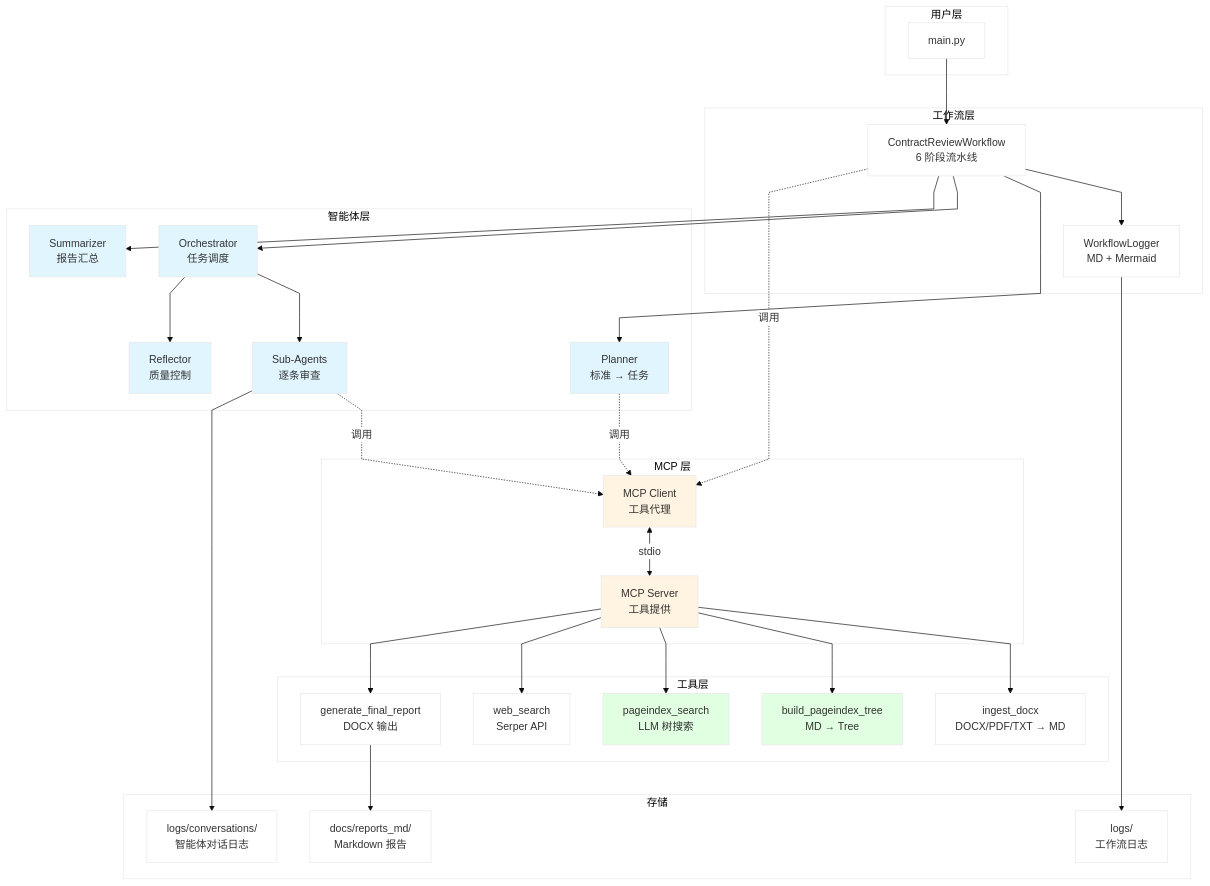
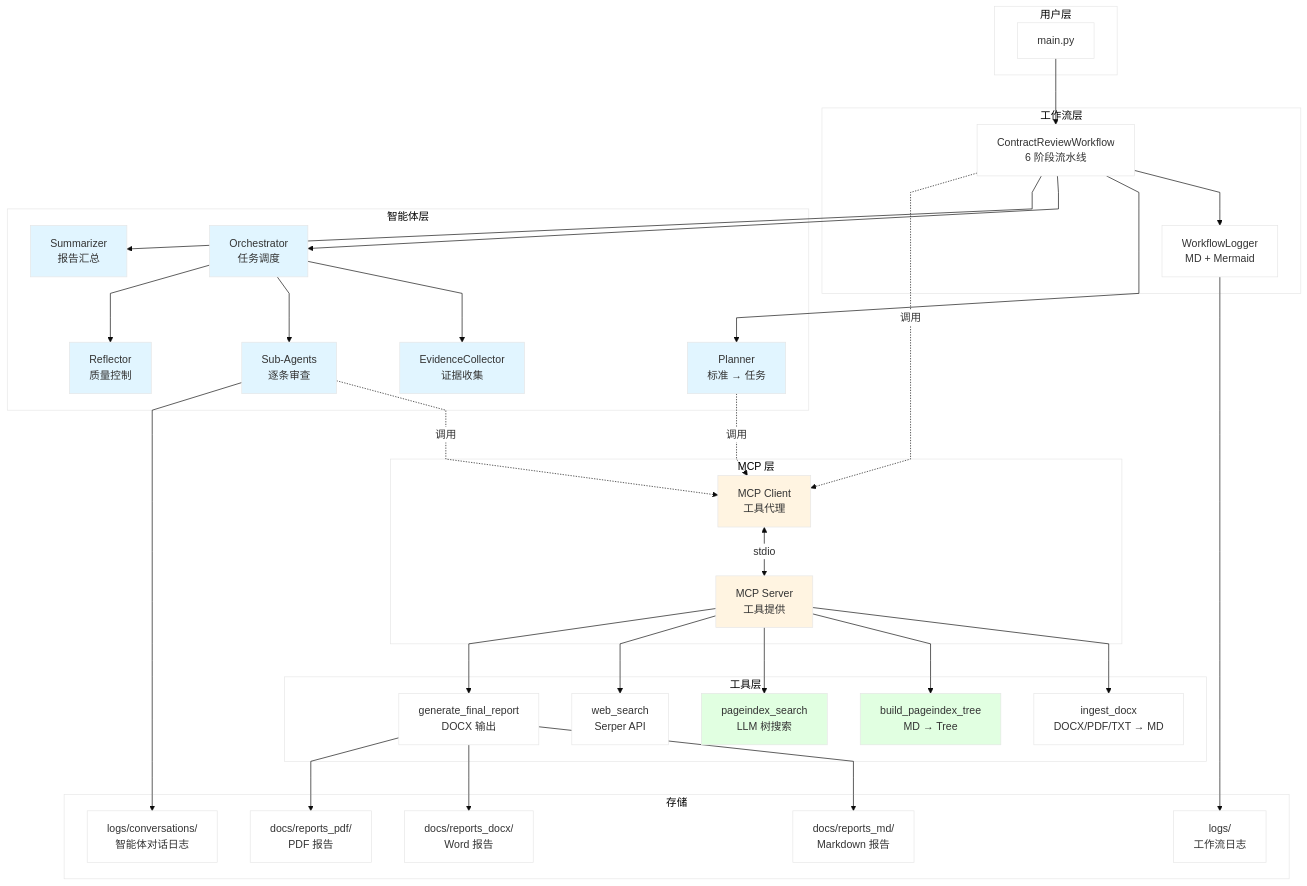
Before and after one commit to HoeTee/contract_agent: the first of 6 diagrams in project_intro/ARCHITECTURE.md, drawn with Mermaid. The commit also changed other lines of this file and 38 other files, not shown here.

````diff
--- a/project_intro/ARCHITECTURE.md
+++ b/project_intro/ARCHITECTURE.md
@@ -7,73 +7,80 @@
 ```mermaid
 %%{init: {'theme':'base', 'themeVariables': {'primaryColor':'#fff'}, 'flowchart':{'curve':'linear'}}}%%
 graph TB
     subgraph "用户层"
         CLI[main.py]
     end
 
     subgraph "工作流层"
         MainWorkflow["ContractReviewWorkflow<br/>6 阶段流水线"]
         Logger["WorkflowLogger<br/>MD + Mermaid"]
     end
 
     subgraph "智能体层"
         Planner["Planner<br/>标准 → 任务"]
         Orchestrator["Orchestrator<br/>任务调度"]
+        EvidenceCollector["EvidenceCollector<br/>证据收集"]
         SubAgents["Sub-Agents<br/>逐条审查"]
         Reflector["Reflector<br/>质量控制"]
         Summarizer["Summarizer<br/>报告汇总"]
     end
 
     subgraph "MCP 层"
         MCPClient["MCP Client<br/>工具代理"]
         MCPServer["MCP Server<br/>工具提供"]
     end
 
     subgraph "工具层"
         FileParser["ingest_docx<br/>DOCX/PDF/TXT → MD"]
         TreeBuild["build_pageindex_tree<br/>MD → Tree"]
         TreeSearch["pageindex_search<br/>LLM 树搜索"]
         WebSearch["web_search<br/>Serper API"]
         ReportGen["generate_final_report<br/>DOCX 输出"]
     end
 
     subgraph "存储"
-        Reports["docs/reports_md/<br/>Markdown 报告"]
+        ReportsMD["docs/reports_md/<br/>Markdown 报告"]
+        ReportsDOCX["docs/reports_docx/<br/>Word 报告"]
+        ReportsPDF["docs/reports_pdf/<br/>PDF 报告"]
         Logs["logs/<br/>工作流日志"]
         ConvLogs["logs/conversations/<br/>智能体对话日志"]
     end
 
     CLI --> MainWorkflow
     MainWorkflow --> Logger
     MainWorkflow --> Planner
     MainWorkflow --> Orchestrator
     MainWorkflow --> Summarizer
+    Orchestrator --> EvidenceCollector
     Orchestrator --> SubAgents
     Orchestrator --> Reflector
 
     Planner -.调用.-> MCPClient
     SubAgents -.调用.-> MCPClient
     MainWorkflow -.调用.-> MCPClient
 
     MCPClient <-->|stdio| MCPServer
 
     MCPServer --> FileParser
     MCPServer --> TreeBuild
     MCPServer --> TreeSearch
     MCPServer --> WebSearch
     MCPServer --> ReportGen
 
-    ReportGen --> Reports
+    ReportGen --> ReportsMD
+    ReportGen --> ReportsDOCX
+    ReportGen --> ReportsPDF
     Logger --> Logs
     SubAgents --> ConvLogs
 
     style Planner fill:#e1f5ff
     style Orchestrator fill:#e1f5ff
+    style EvidenceCollector fill:#e1f5ff
     style SubAgents fill:#e1f5ff
     style Reflector fill:#e1f5ff
     style Summarizer fill:#e1f5ff
     style MCPClient fill:#fff4e1
     style MCPServer fill:#fff4e1
     style TreeBuild fill:#e1ffe1
     style TreeSearch fill:#e1ffe1
 ```
````
